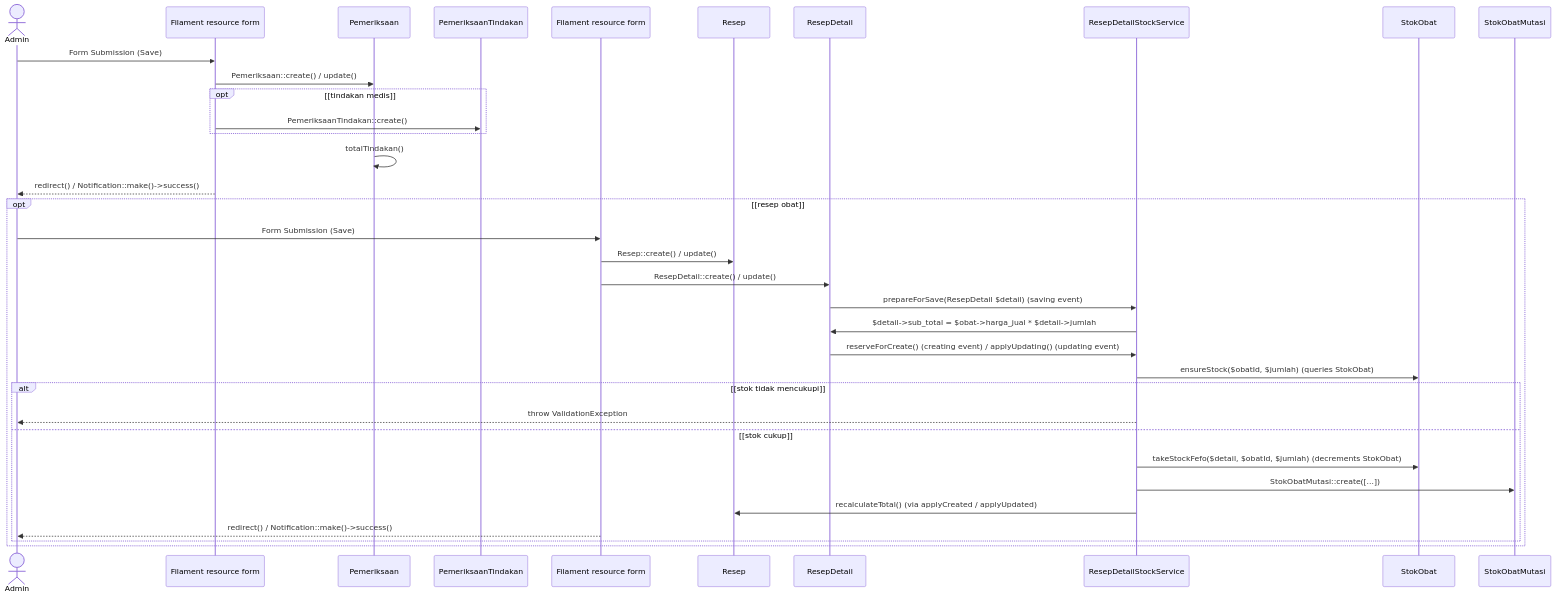
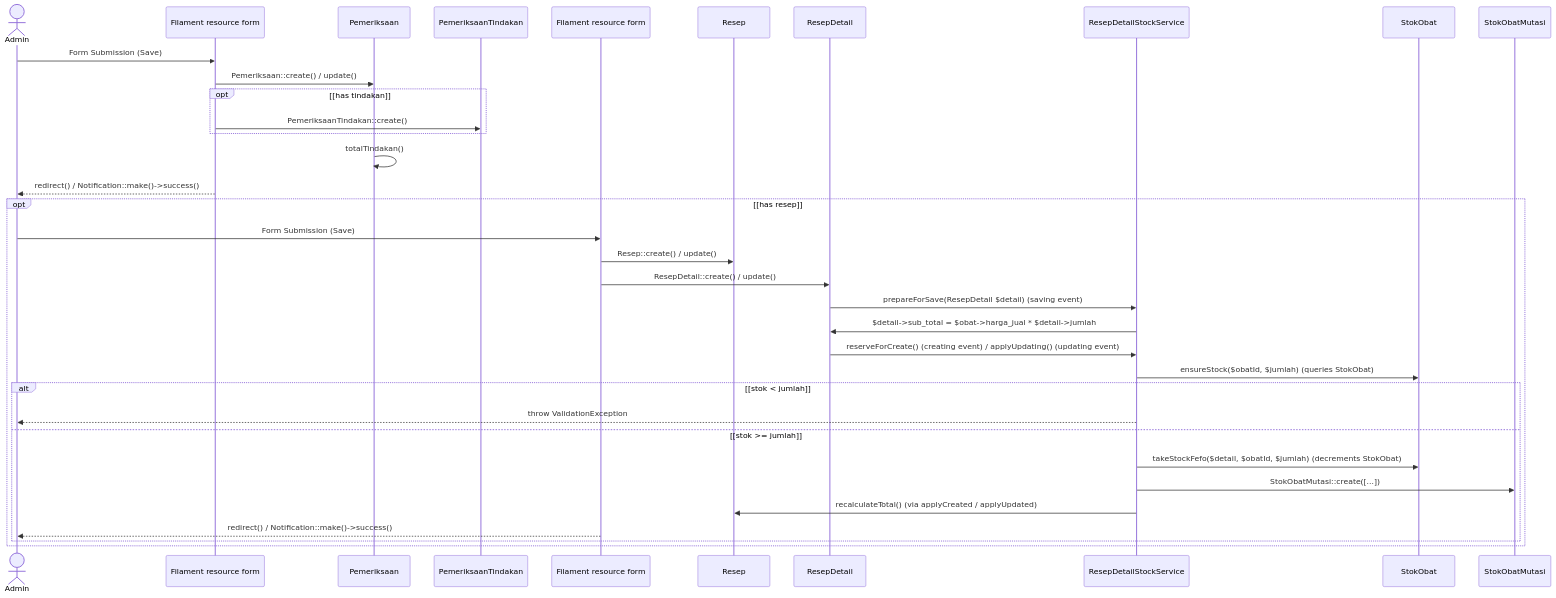
One commit to Faathir81/Sistem-Informasi-Klinik changed the fourth of 7 diagrams in dokumentasi/spesifikasi-proyek/sequence-diagrams.md. Above: the diagram before and after it, drawn with Mermaid. The commit also changed other lines of this file, not shown here.

Commit message:
docs: finalize sequence diagrams by converting all remaining logical conditional labels to technical expressions

````diff
--- a/dokumentasi/spesifikasi-proyek/sequence-diagrams.md
+++ b/dokumentasi/spesifikasi-proyek/sequence-diagrams.md
@@ -110,39 +110,39 @@
 ```mermaid
 sequenceDiagram
     actor Admin
     participant PemeriksaanResource as Filament resource form
     participant Pemeriksaan
     participant Tindakan as PemeriksaanTindakan
     participant ResepResource as Filament resource form
     participant Resep
     participant Detail as ResepDetail
     participant Stock as ResepDetailStockService
     participant Stok as StokObat
     participant Mutasi as StokObatMutasi
 
     Admin->>PemeriksaanResource: Form Submission (Save)
     PemeriksaanResource->>Pemeriksaan: Pemeriksaan::create() / update()
-    opt [tindakan medis]
+    opt [has tindakan]
         PemeriksaanResource->>Tindakan: PemeriksaanTindakan::create()
     end
     Pemeriksaan->>Pemeriksaan: totalTindakan()
     PemeriksaanResource-->>Admin: redirect() / Notification::make()->success()
 
-    opt [resep obat]
+    opt [has resep]
         Admin->>ResepResource: Form Submission (Save)
         ResepResource->>Resep: Resep::create() / update()
         ResepResource->>Detail: ResepDetail::create() / update()
         Detail->>Stock: prepareForSave(ResepDetail $detail) (saving event)
         Stock->>Detail: $detail->sub_total = $obat->harga_jual * $detail->jumlah
         Detail->>Stock: reserveForCreate() (creating event) / applyUpdating() (updating event)
         Stock->>Stok: ensureStock($obatId, $jumlah) (queries StokObat)
-        alt [stok tidak mencukupi]
+        alt [stok < jumlah]
             Stock-->>Admin: throw ValidationException
-        else [stok cukup]
+        else [stok >= jumlah]
             Stock->>Stok: takeStockFefo($detail, $obatId, $jumlah) (decrements StokObat)
             Stock->>Mutasi: StokObatMutasi::create([...])
             Stock->>Resep: recalculateTotal() (via applyCreated / applyUpdated)
             ResepResource-->>Admin: redirect() / Notification::make()->success()
         end
     end
 ```
````
